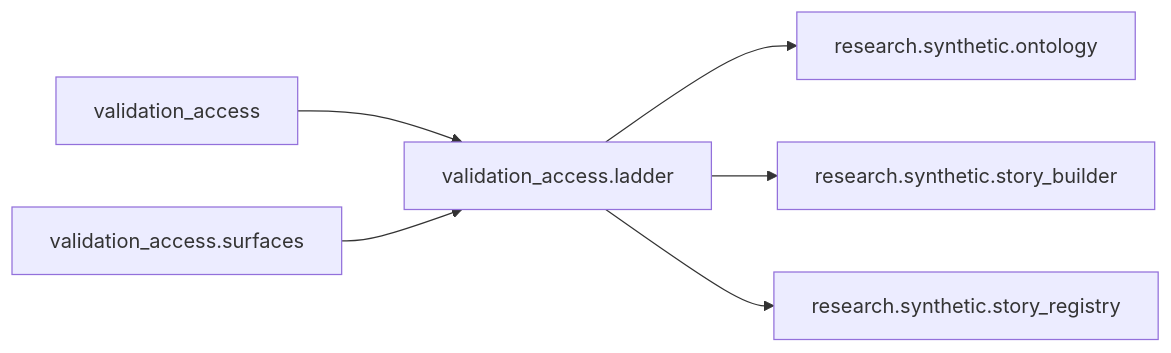
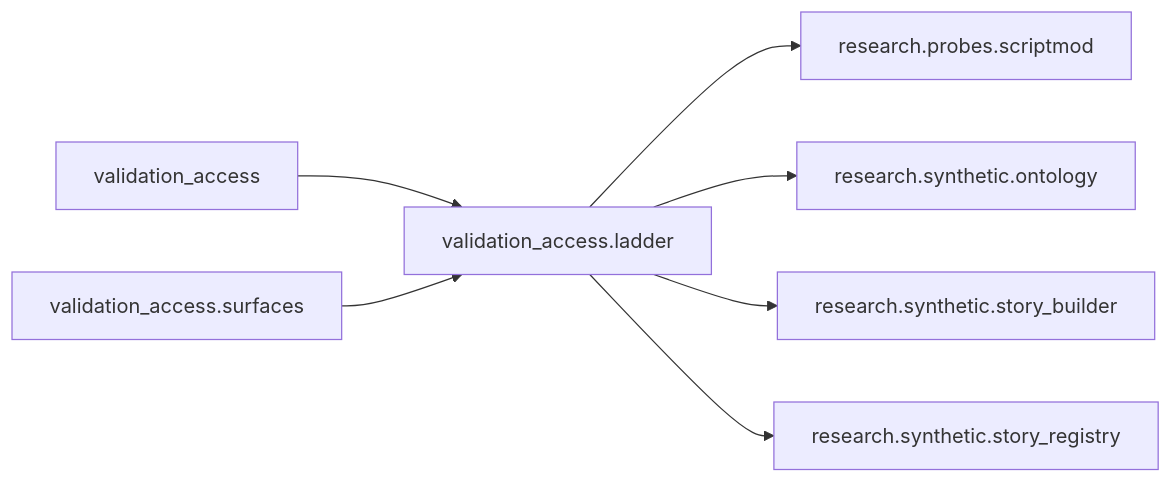
One commit to Chaithu1995-0312/TradeHlt changed diagram 41 of 41 in docs/architecture/code-map.generated.md. Above: the diagram before and after it, drawn with Mermaid. The commit also changed other lines of this file and 39 other files, not shown here.

First line of the commit message:
docs: F-064 full-corpus re-measurement, feature-schema walk, architecture map sync

````diff
--- a/docs/architecture/code-map.generated.md
+++ b/docs/architecture/code-map.generated.md
@@ -2298,14 +2862,16 @@
 ```mermaid
 flowchart LR
     validation_access["validation_access"]
     validation_access_ladder["validation_access.ladder"]
     validation_access_surfaces["validation_access.surfaces"]
+    research_probes_scriptmod["research.probes.scriptmod"]
     research_synthetic_ontology["research.synthetic.ontology"]
     research_synthetic_story_builder["research.synthetic.story_builder"]
     research_synthetic_story_registry["research.synthetic.story_registry"]
     validation_access --> validation_access_ladder
+    validation_access_ladder --> research_probes_scriptmod
     validation_access_ladder --> research_synthetic_ontology
     validation_access_ladder --> research_synthetic_story_builder
     validation_access_ladder --> research_synthetic_story_registry
     validation_access_surfaces --> validation_access_ladder
 ```
````
